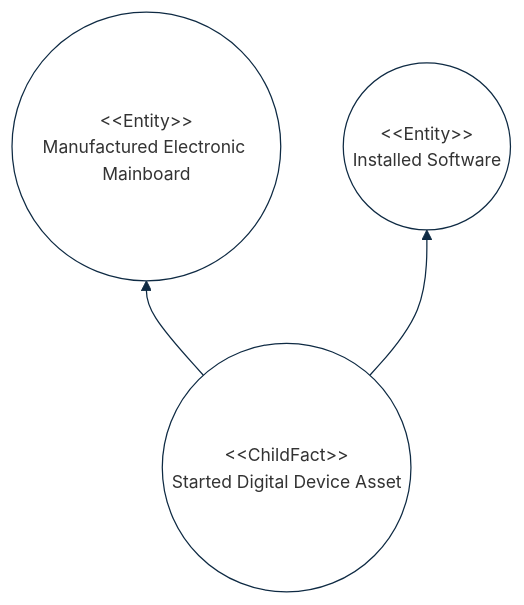
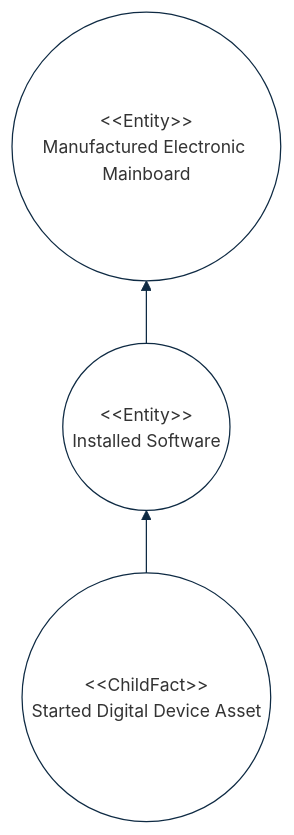
One commit to cybnity/foundation changed the second of 2 diagrams in implementations-line/framework/immutable/README.md. Above: the diagram before and after it, drawn with Mermaid.

````diff
--- a/implementations-line/framework/immutable/README.md
+++ b/implementations-line/framework/immutable/README.md
@@ -135,25 +135,25 @@
 ```mermaid
 %%{
   init: {
     'theme': 'base',
     'themeVariables': {
         'background': '#ffffff',
         'fontFamily': 'arial',
         'fontSize': '14px',
         'primaryColor': '#fff',
         'primaryBorderColor': '#0e2a43',
         'secondaryBorderColor': '#0e2a43',
         'tertiaryBorderColor': '#0e2a43',
         'edgeLabelBackground':'#0e2a43',
         'lineColor': '#0e2a43',
         'tertiaryColor': '#fff'
     }
   }
 }%%
 flowchart BT
-    asset(("#60;#60;ChildFact#62;#62;<br/>Started Digital Device Asset")) --> board(("#60;#60;Entity#62;#62;<br/>Manufactured Electronic Mainboard"))
-    asset --> soft(("#60;#60;Entity#62;#62;<br/>Installed Software"))
+    asset(("#60;#60;ChildFact#62;#62;<br/>Started Digital Device Asset")) --> software(("#60;#60;Entity#62;#62;<br/>Installed Software"))
+    software --> board(("#60;#60;Entity#62;#62;<br/>Manufactured Electronic Mainboard"))
 
 
 
 ```
````
